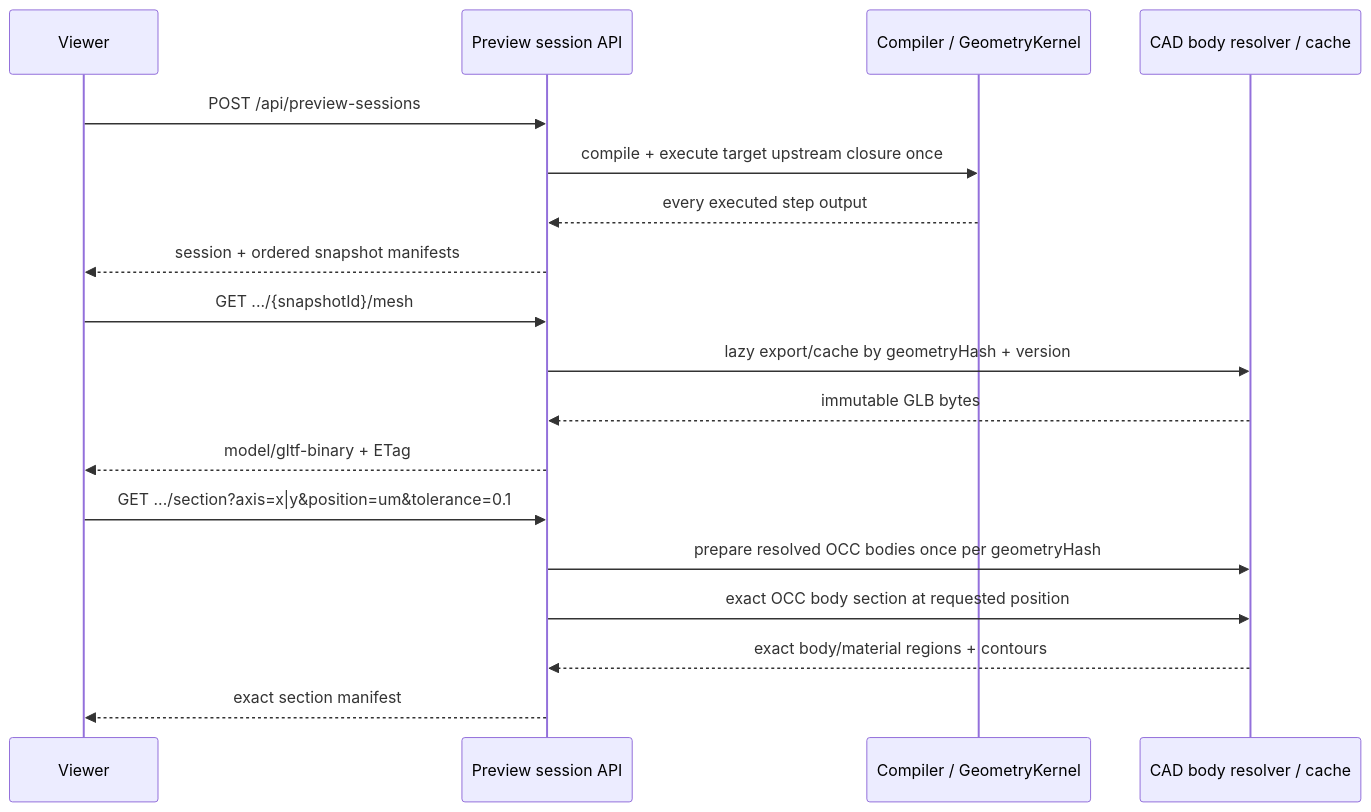
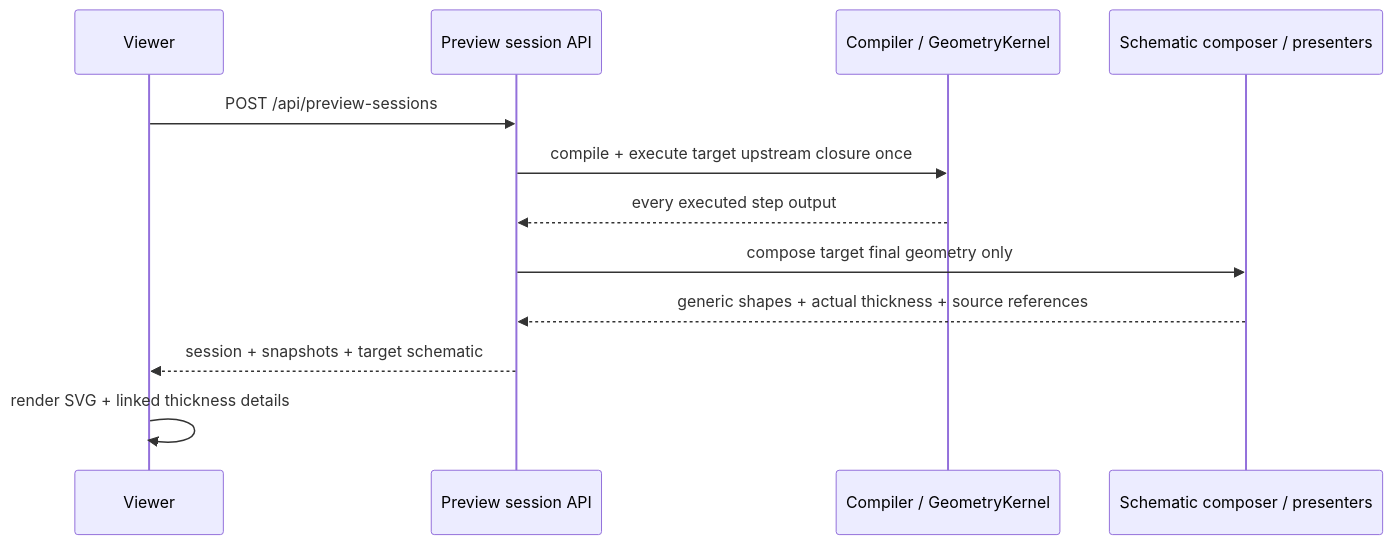
One commit to henry861010/process_flow_v2 changed the second of 2 diagrams in docs/architecture/preview-export-pipeline.md. Above: the diagram before and after it, drawn with Mermaid. The commit also changed other lines of this file and 62 other files, not shown here.

````diff
--- a/docs/architecture/preview-export-pipeline.md
+++ b/docs/architecture/preview-export-pipeline.md
@@ -81,21 +81,15 @@
 ```mermaid
 sequenceDiagram
   participant V as Viewer
   participant A as Preview session API
   participant K as Compiler / GeometryKernel
-  participant C as CAD body resolver / cache
+  participant S as Schematic composer / presenters
 
   V->>A: POST /api/preview-sessions
   A->>K: compile + execute target upstream closure once
   K-->>A: every executed step output
-  A-->>V: session + ordered snapshot manifests
-  V->>A: GET .../{snapshotId}/mesh
-  A->>C: lazy export/cache by geometryHash + version
-  C-->>A: immutable GLB bytes
-  A-->>V: model/gltf-binary + ETag
-  V->>A: GET .../section?axis=x|y&position=um&tolerance=0.1
-  A->>C: prepare resolved OCC bodies once per geometryHash
-  A->>C: exact OCC body section at requested position
-  C-->>A: exact body/material regions + contours
-  A-->>V: exact section manifest
+  A->>S: compose target final geometry only
+  S-->>A: generic shapes + actual thickness + source references
+  A-->>V: session + snapshots + target schematic
+  V->>V: render SVG + linked thickness details
 ```
````
